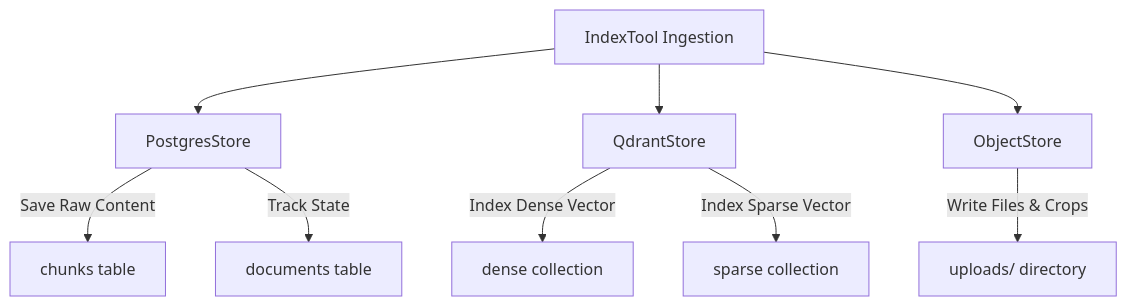
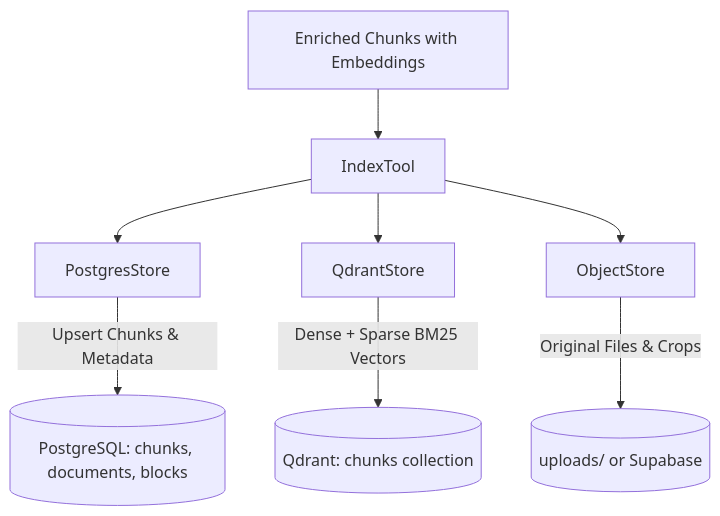
Before and after one commit to praneethk666/AI-Accelerator: the diagram in backend/storage/README.md, drawn with Mermaid. The commit also changed other lines of this file and 41 other files, not shown here.

````diff
--- a/backend/storage/README.md
+++ b/backend/storage/README.md
@@ -15,11 +33,12 @@
 ```mermaid
 graph TD
-    A[IndexTool Ingestion] --> B[PostgresStore]
-    A --> C[QdrantStore]
-    A --> D[ObjectStore]
-    B -->|Save Raw Content| B1[chunks table]
-    B -->|Track State| B2[documents table]
-    C -->|Index Dense Vector| C1[dense collection]
-    C -->|Index Sparse Vector| C2[sparse collection]
-    D -->|Write Files & Crops| D1[uploads/ directory]
+    ChunksIn[Enriched Chunks with Embeddings] --> Indexer[IndexTool]
+
+    Indexer --> Relational[PostgresStore]
+    Indexer --> Vector[QdrantStore]
+    Indexer --> Object[ObjectStore]
+
+    Relational -->|Upsert Chunks & Metadata| PG[(PostgreSQL: chunks, documents, blocks)]
+    Vector -->|Dense + Sparse BM25 Vectors| Qdrant[(Qdrant: chunks collection)]
+    Object -->|Original Files & Crops| Storage[(uploads/ or Supabase)]
 ```
````
